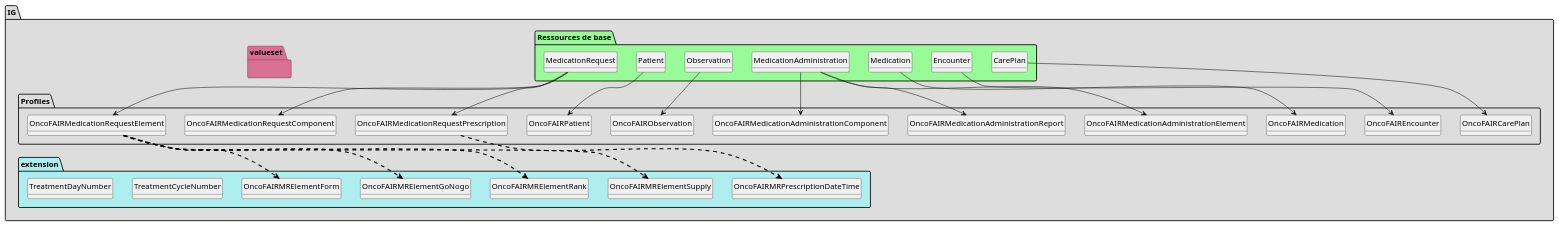
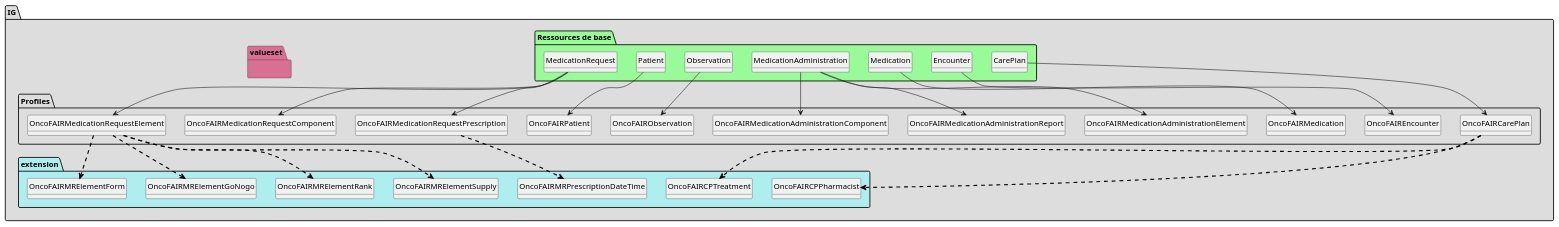
The diagram in mapping-pn13/plantuml/graph.puml (ONCOFAIR/FHIR-ImplementationGuide-Article), drawn with PlantUML before and after one commit. The commit also changed 441 other files, not shown here.

Commit message:
Profil OncoFAIRCarePlan 1e7bf3181fa04b8e91e9e94f43d8a1339a230784

```diff
--- a/mapping-pn13/plantuml/graph.puml
+++ b/mapping-pn13/plantuml/graph.puml
@@ -9,6 +9,17 @@
 
         class OncoFAIRCarePlan{
 
+             CarePlan.extension => [1..None]
+             CarePlan.extension:oncofair-cp-treatment => <&plus>[1..1]
+             CarePlan.extension:oncofair-cp-pharmacist => <&plus>[0..1]
+             CarePlan.identifier => [1..1]
+             CarePlan.status => [None..None]
+             CarePlan.title => [1..None]
+             CarePlan.note => [None..None]
+             CarePlan.note:indication => [0..1]
+             CarePlan.note:indication.id => [1..None]
+             CarePlan.note:comment => [0..1]
+             CarePlan.note:comment.id => [1..None]
         } 
 
         class OncoFAIREncounter{
@@ -121,12 +132,45 @@
      }
      package extension #paleturquoise {
 
+     OncoFAIRCarePlan -[#black,dashed,thickness=2]-> OncoFAIRCPTreatment
+     OncoFAIRCarePlan -[#black,dashed,thickness=2]-> OncoFAIRCPPharmacist
      OncoFAIRMedicationRequestPrescription -[#black,dashed,thickness=2]-> OncoFAIRMRPrescriptionDateTime
      OncoFAIRMedicationRequestElement -[#black,dashed,thickness=2]-> OncoFAIRMRElementForm
      OncoFAIRMedicationRequestElement -[#black,dashed,thickness=2]-> OncoFAIRMRElementSupply
      OncoFAIRMedicationRequestElement -[#black,dashed,thickness=2]-> OncoFAIRMRElementRank
      OncoFAIRMedicationRequestElement -[#black,dashed,thickness=2]-> OncoFAIRMRElementGoNogo
 
+        class OncoFAIRCPPharmacist{
+
+          Extension.extension:pharmacistValidation => [0..1]
+          Extension.extension:pharmacistValidation.extension => [None..0]
+          Extension.extension:pharmacistValidation.url => [None..None]
+          Extension.extension:pharmacistValidation.value[x] => [None..None]
+          Extension.extension:pharmacistProposal => [0..1]
+          Extension.extension:pharmacistProposal.extension => [None..0]
+          Extension.extension:pharmacistProposal.url => [None..None]
+          Extension.extension:pharmacistProposal.value[x] => [None..None]
+          Extension.url => [None..None]
+          Extension.value[x] => [None..0]
+        } 
+        class OncoFAIRCPTreatment{
+
+          Extension.extension => [1..None]
+          Extension.extension:treatmentRank => [0..1]
+          Extension.extension:treatmentRank.extension => [None..0]
+          Extension.extension:treatmentRank.url => [None..None]
+          Extension.extension:treatmentRank.value[x] => [None..None]
+          Extension.extension:dayRank => [0..1]
+          Extension.extension:dayRank.extension => [None..0]
+          Extension.extension:dayRank.url => [None..None]
+          Extension.extension:dayRank.value[x] => [None..None]
+          Extension.extension:dateTimeReference => [1..1]
+          Extension.extension:dateTimeReference.extension => [None..0]
+          Extension.extension:dateTimeReference.url => [None..None]
+          Extension.extension:dateTimeReference.value[x] => [None..None]
+          Extension.url => [None..None]
+          Extension.value[x] => [None..0]
+        } 
         class OncoFAIRMRElementForm{
 
           Extension.extension => [None..0]
@@ -163,20 +207,6 @@
           Extension.extension => [None..0]
           Extension.url => [None..None]
           Extension.value[x] => [None..None]
-        } 
-        class TreatmentCycleNumber{
-
-          Extension.extension => [None..0]
-          Extension.url => [None..None]
-          Extension.value[x] => [1..None]
-          Extension.value[x]:valueInteger => [1..1]
-        } 
-        class TreatmentDayNumber{
-
-          Extension.extension => [None..0]
-          Extension.url => [None..None]
-          Extension.value[x] => [1..None]
-          Extension.value[x]:valueInteger => [1..1]
          }
      }
      package valueset #PaleVioletRed{
```
